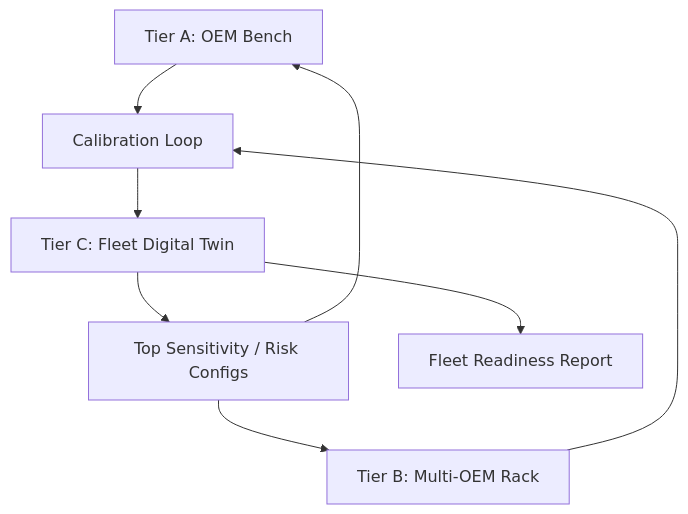
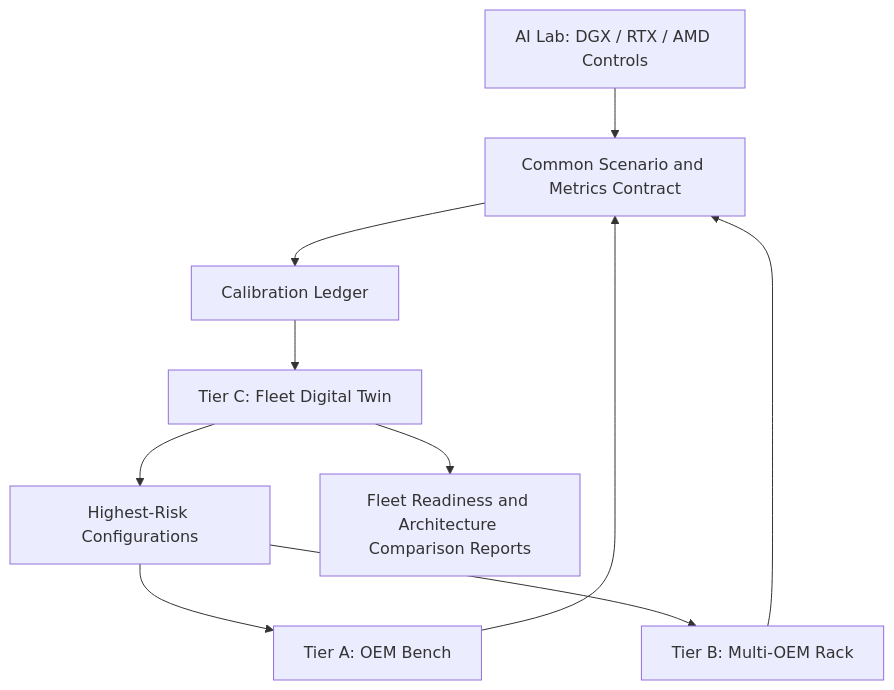
The ninth of 10 diagrams in atmos-sim/docs/PROPOSAL.md (context-fabric-labs/sentinel-fabric), drawn with Mermaid before and after one commit. The commit also changed other lines of this file and 1 other file, not shown here.

````diff
--- a/atmos-sim/docs/PROPOSAL.md
+++ b/atmos-sim/docs/PROPOSAL.md
@@ -783,10 +671,12 @@
 ```mermaid
 flowchart TD
-    A[Tier A: OEM Bench] --> D[Calibration Loop]
-    B[Tier B: Multi-OEM Rack] --> D
-    D --> C[Tier C: Fleet Digital Twin]
-    C --> E[Top Sensitivity / Risk Configs]
-    E --> A
-    E --> B
-    C --> F[Fleet Readiness Report]
+    A[AI Lab: DGX / RTX / AMD Controls] --> D[Common Scenario and Metrics Contract]
+    B[Tier A: OEM Bench] --> D
+    C[Tier B: Multi-OEM Rack] --> D
+    D --> E[Calibration Ledger]
+    E --> F[Tier C: Fleet Digital Twin]
+    F --> G[Highest-Risk Configurations]
+    G --> B
+    G --> C
+    F --> H[Fleet Readiness and Architecture Comparison Reports]
 ```
````
